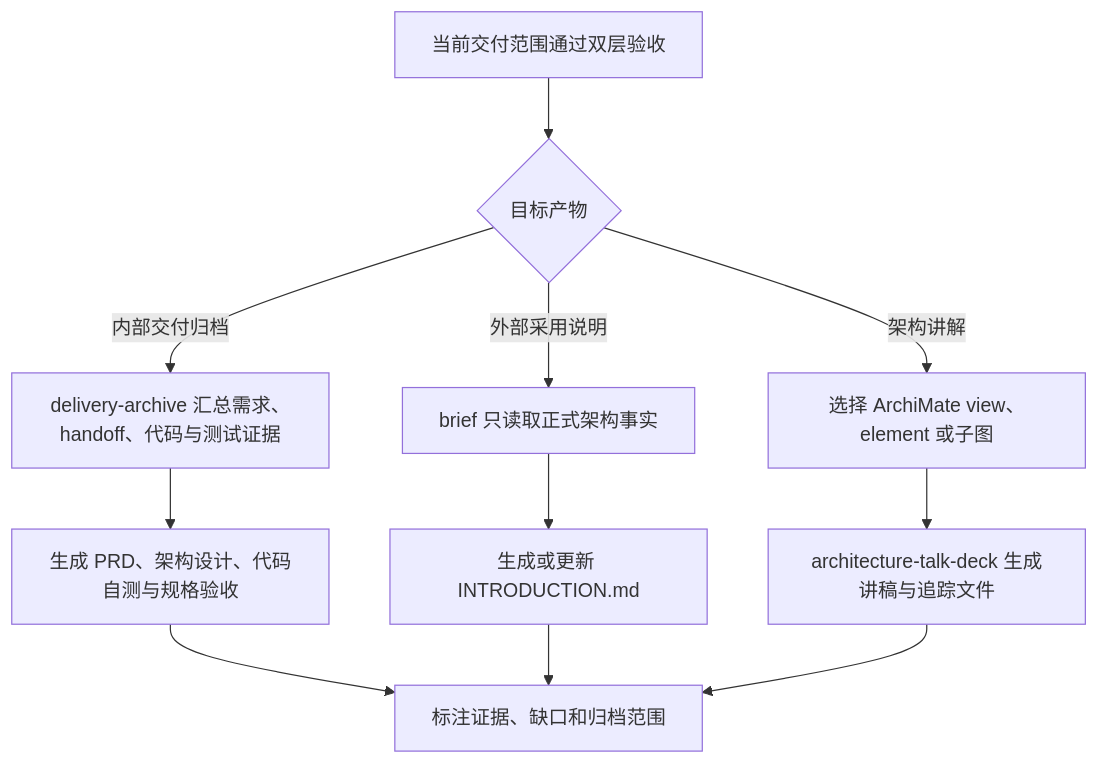
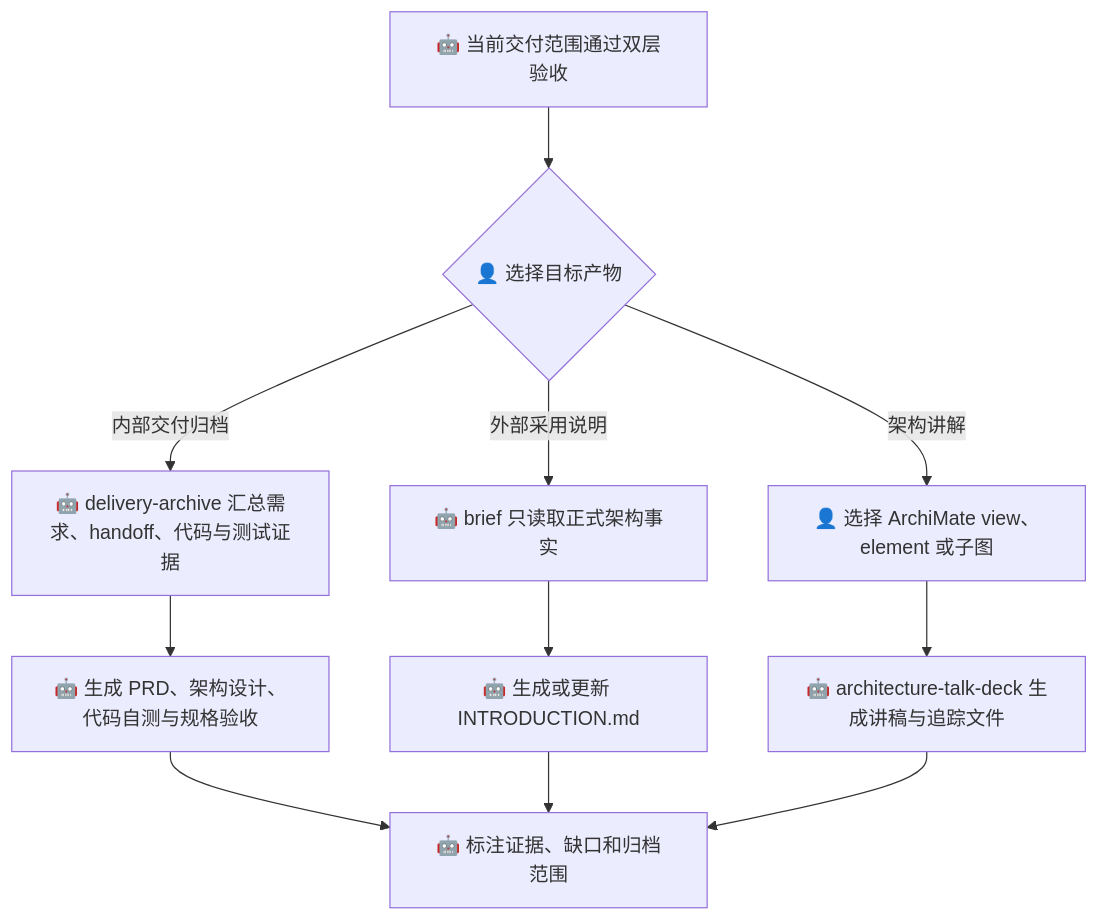
The tenth of 11 diagrams in design/argo-harness/usage-scenarios/README.md (derekhu0002/Argo), drawn with Mermaid before and after one commit. The commit also changed other lines of this file, not shown here.

````diff
--- a/design/argo-harness/usage-scenarios/README.md
+++ b/design/argo-harness/usage-scenarios/README.md
@@ -253,13 +256,13 @@
 ```mermaid
 flowchart TD
-    A[当前交付范围通过双层验收] --> B{目标产物}
-    B -- 内部交付归档 --> C[delivery-archive 汇总需求、handoff、代码与测试证据]
-    C --> D[生成 PRD、架构设计、代码自测与规格验收]
-    B -- 外部采用说明 --> E[brief 只读取正式架构事实]
-    E --> F[生成或更新 INTRODUCTION.md]
-    B -- 架构讲解 --> G[选择 ArchiMate view、element 或子图]
-    G --> H[architecture-talk-deck 生成讲稿与追踪文件]
-    D --> I[标注证据、缺口和归档范围]
+    A[🤖 当前交付范围通过双层验收] --> B{👤 选择目标产物}
+    B -- 内部交付归档 --> C[🤖 delivery-archive 汇总需求、handoff、代码与测试证据]
+    C --> D[🤖 生成 PRD、架构设计、代码自测与规格验收]
+    B -- 外部采用说明 --> E[🤖 brief 只读取正式架构事实]
+    E --> F[🤖 生成或更新 INTRODUCTION.md]
+    B -- 架构讲解 --> G[👤 选择 ArchiMate view、element 或子图]
+    G --> H[🤖 architecture-talk-deck 生成讲稿与追踪文件]
+    D --> I[🤖 标注证据、缺口和归档范围]
     F --> I
     H --> I
 ```
````
